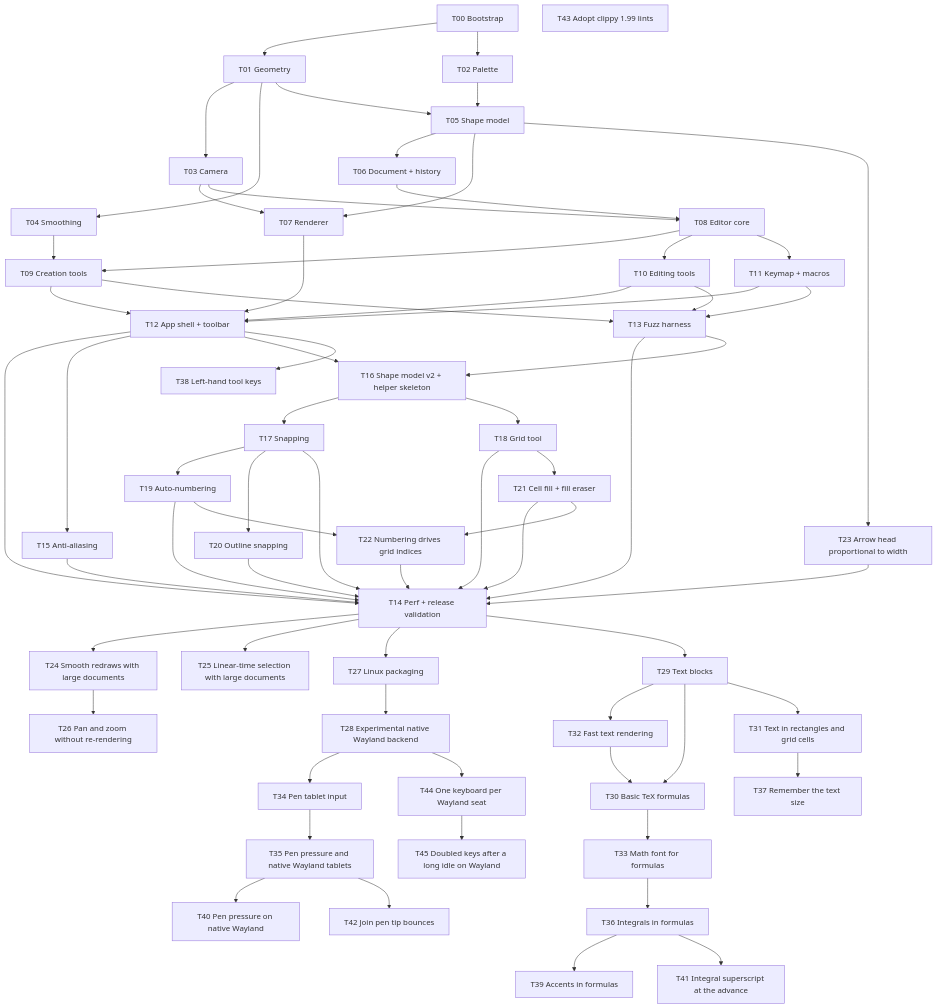
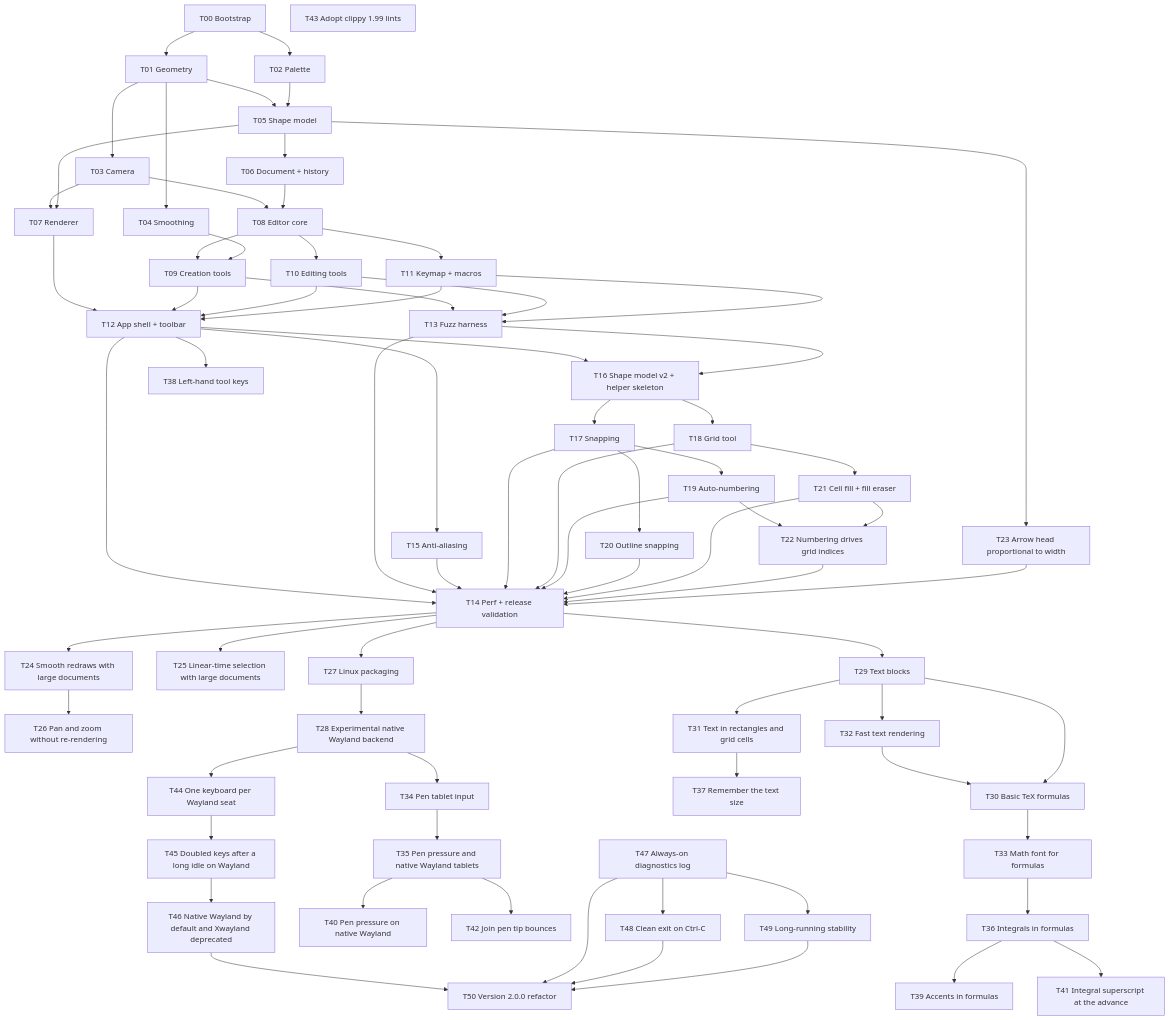
One commit to UmBender/draw changed the diagram in docs/tasks/Task Board.md. Above: the diagram before and after it, drawn with Mermaid. The commit also changed other lines of this file and 5 other files, not shown here.

````diff
--- a/docs/tasks/Task Board.md
+++ b/docs/tasks/Task Board.md
@@ -12,69 +12,76 @@
 ```mermaid
 flowchart TD
   T00[T00 Bootstrap] --> T01[T01 Geometry]
   T00 --> T02[T02 Palette]
   T01 --> T03[T03 Camera]
   T01 --> T04[T04 Smoothing]
   T01 --> T05[T05 Shape model]
   T02 --> T05
   T05 --> T06[T06 Document + history]
   T03 --> T07[T07 Renderer]
   T05 --> T07
   T03 --> T08[T08 Editor core]
   T06 --> T08
   T08 --> T09[T09 Creation tools]
   T04 --> T09
   T08 --> T10[T10 Editing tools]
   T08 --> T11[T11 Keymap + macros]
   T07 --> T12[T12 App shell + toolbar]
   T09 --> T12
   T10 --> T12
   T11 --> T12
   T09 --> T13[T13 Fuzz harness]
   T10 --> T13
   T11 --> T13
   T12 --> T14[T14 Perf + release validation]
   T13 --> T14
   T12 --> T15[T15 Anti-aliasing]
   T12 --> T16[T16 Shape model v2 + helper skeleton]
   T13 --> T16
   T16 --> T17[T17 Snapping]
   T16 --> T18[T18 Grid tool]
   T17 --> T19[T19 Auto-numbering]
   T17 --> T20[T20 Outline snapping]
   T15 --> T14
   T17 --> T14
   T18 --> T14
   T19 --> T14
   T20 --> T14
   T18 --> T21[T21 Cell fill + fill eraser]
   T21 --> T14
   T19 --> T22[T22 Numbering drives grid indices]
   T21 --> T22
   T22 --> T14
   T05 --> T23[T23 Arrow head proportional to width]
   T23 --> T14
   T14 --> T24[T24 Smooth redraws with large documents]
   T14 --> T25[T25 Linear-time selection with large documents]
   T24 --> T26[T26 Pan and zoom without re-rendering]
   T14 --> T27[T27 Linux packaging]
   T27 --> T28[T28 Experimental native Wayland backend]
   T14 --> T29[T29 Text blocks]
   T29 --> T32[T32 Fast text rendering]
   T32 --> T30[T30 Basic TeX formulas]
   T29 --> T30
   T29 --> T31[T31 Text in rectangles and grid cells]
   T30 --> T33[T33 Math font for formulas]
   T28 --> T34[T34 Pen tablet input]
   T34 --> T35[T35 Pen pressure and native Wayland tablets]
   T33 --> T36[T36 Integrals in formulas]
   T31 --> T37[T37 Remember the text size]
   T12 --> T38[T38 Left-hand tool keys]
   T36 --> T39[T39 Accents in formulas]
   T35 --> T40[T40 Pen pressure on native Wayland]
   T36 --> T41[T41 Integral superscript at the advance]
   T35 --> T42[T42 Join pen tip bounces]
   T43[T43 Adopt clippy 1.99 lints]
   T28 --> T44[T44 One keyboard per Wayland seat]
   T44 --> T45[T45 Doubled keys after a long idle on Wayland]
+  T45 --> T46[T46 Native Wayland by default and Xwayland deprecated]
+  T47[T47 Always-on diagnostics log] --> T48[T48 Clean exit on Ctrl-C]
+  T47 --> T49[T49 Long-running stability]
+  T46 --> T50[T50 Version 2.0.0 refactor]
+  T47 --> T50
+  T48 --> T50
+  T49 --> T50
 ```
````
